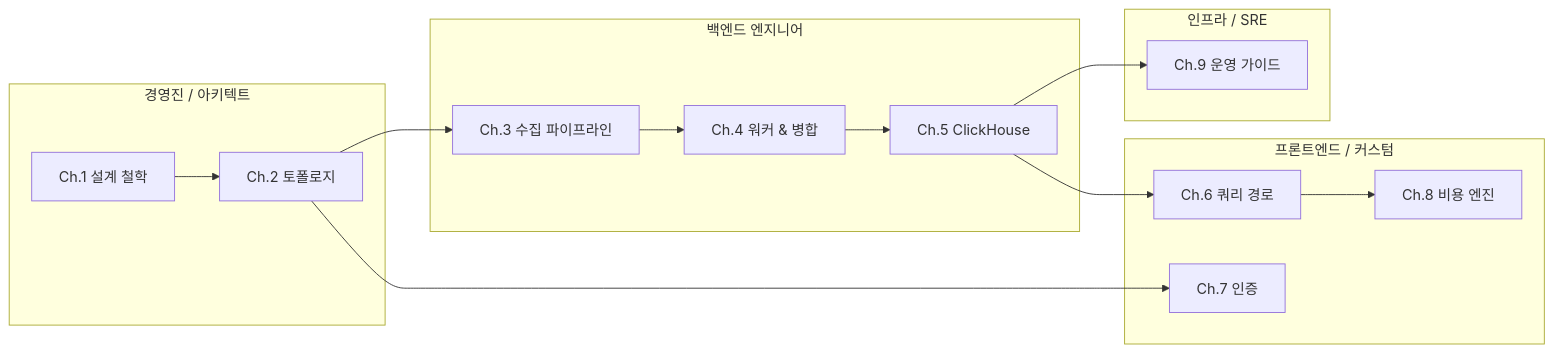
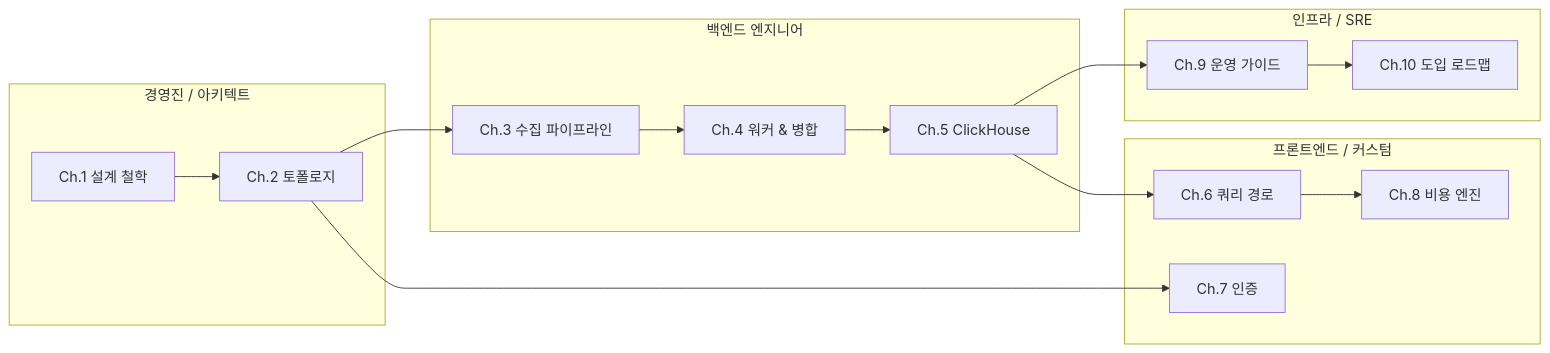
Before and after one commit to dhs-shine/langfuse: the diagram in docs/WHITEPAPER.md, drawn with Mermaid. The commit also changed other lines of this file and 1 other file, not shown here.

Commit message:
docs: update whitepaper and add chapter on open decisions and roadmap

````diff
--- a/docs/WHITEPAPER.md
+++ b/docs/WHITEPAPER.md
@@ -35,29 +36,31 @@
 ```mermaid
 flowchart LR
     subgraph Executive["경영진 / 아키텍트"]
         E1["Ch.1 설계 철학"]
         E2["Ch.2 토폴로지"]
     end
 
     subgraph Backend["백엔드 엔지니어"]
         B1["Ch.3 수집 파이프라인"]
         B2["Ch.4 워커 & 병합"]
         B3["Ch.5 ClickHouse"]
     end
 
     subgraph Frontend["프론트엔드 / 커스텀"]
         F1["Ch.6 쿼리 경로"]
         F2["Ch.7 인증"]
         F3["Ch.8 비용 엔진"]
     end
 
     subgraph Ops["인프라 / SRE"]
         O1["Ch.9 운영 가이드"]
+        O2["Ch.10 도입 로드맵"]
     end
 
     E1 --> E2 --> B1
     B1 --> B2 --> B3 --> F1
     E2 --> F2
     F1 --> F3
     B3 --> O1
+    O1 --> O2
 ```
````
